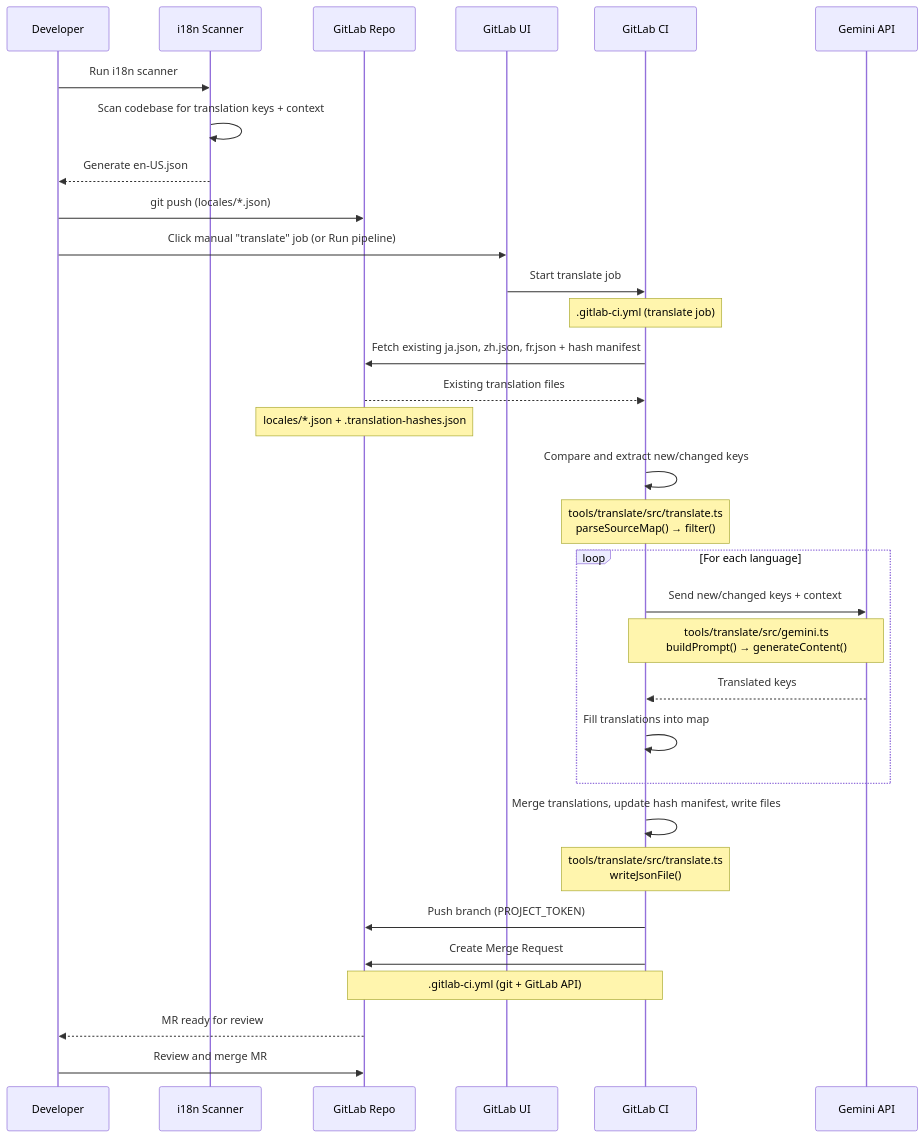
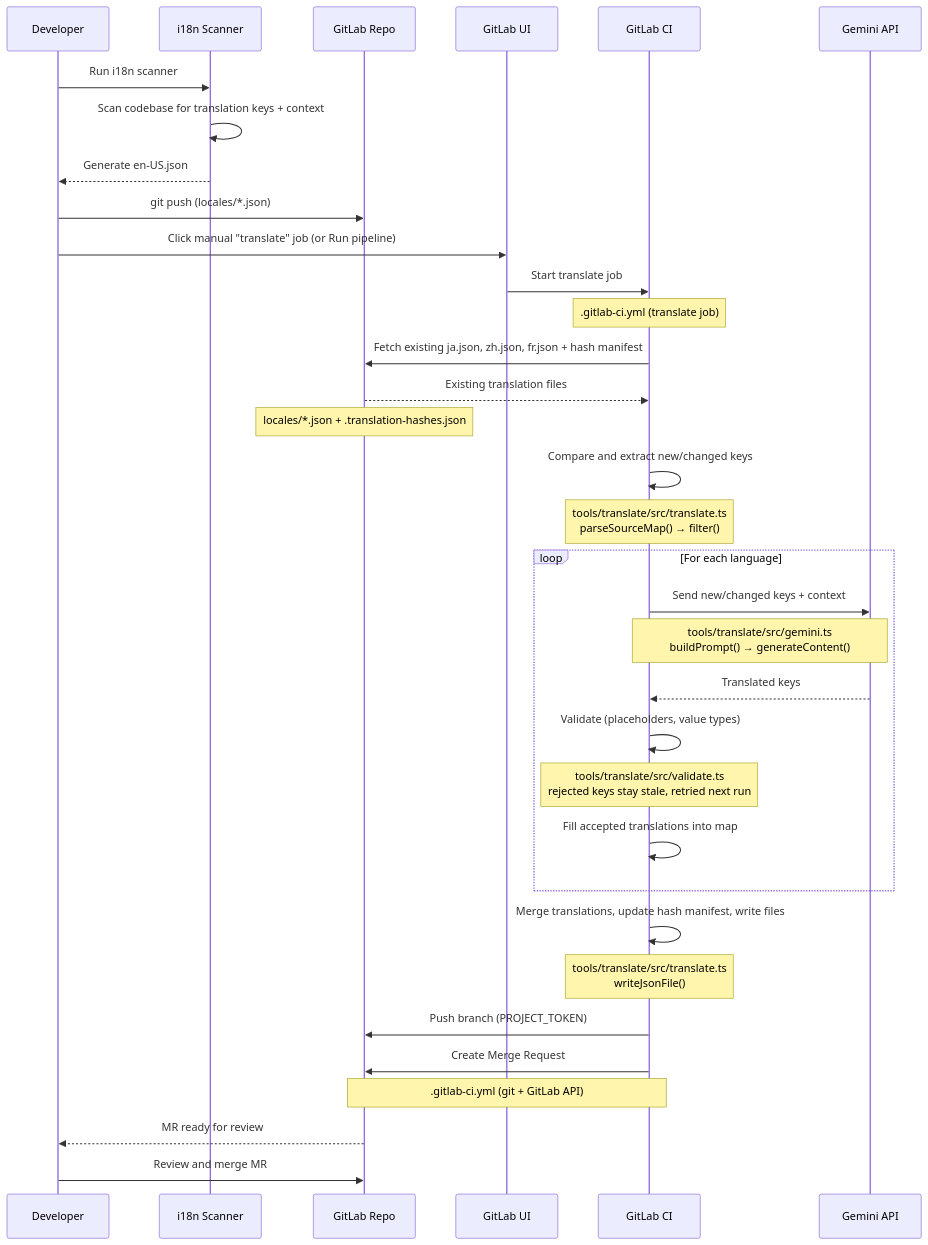
The third of 3 diagrams in README.md (jadecubes/free-translation-platform-buildup), drawn with Mermaid before and after one commit. The commit also changed other lines of this file and 5 other files, not shown here.

````diff
--- a/README.md
+++ b/README.md
@@ -456,42 +457,44 @@
 ```mermaid
 sequenceDiagram
     participant Dev as Developer
     participant Scanner as i18n Scanner
     participant Repo as GitLab Repo
     participant UI as GitLab UI
     participant CI as GitLab CI
     participant LLM as Gemini API
 
     Dev->>Scanner: Run i18n scanner
     Scanner->>Scanner: Scan codebase for translation keys + context
     Scanner-->>Dev: Generate en-US.json
     Dev->>Repo: git push (locales/*.json)
 
     Dev->>UI: Click manual "translate" job (or Run pipeline)
     UI->>CI: Start translate job
     Note over CI: .gitlab-ci.yml (translate job)
 
     CI->>Repo: Fetch existing ja.json, zh.json, fr.json + hash manifest
     Repo-->>CI: Existing translation files
     Note over Repo: locales/*.json + .translation-hashes.json
 
     CI->>CI: Compare and extract new/changed keys
     Note over CI: tools/translate/src/translate.ts<br/>parseSourceMap() → filter()
 
     loop For each language
         CI->>LLM: Send new/changed keys + context
         Note over CI,LLM: tools/translate/src/gemini.ts<br/>buildPrompt() → generateContent()
         LLM-->>CI: Translated keys
-        CI->>CI: Fill translations into map
+        CI->>CI: Validate (placeholders, value types)
+        Note over CI: tools/translate/src/validate.ts<br/>rejected keys stay stale, retried next run
+        CI->>CI: Fill accepted translations into map
     end
 
     CI->>CI: Merge translations, update hash manifest, write files
     Note over CI: tools/translate/src/translate.ts<br/>writeJsonFile()
 
     CI->>Repo: Push branch (PROJECT_TOKEN)
     CI->>Repo: Create Merge Request
     Note over CI,Repo: .gitlab-ci.yml (git + GitLab API)
 
     Repo-->>Dev: MR ready for review
     Dev->>Repo: Review and merge MR
 ```
````
